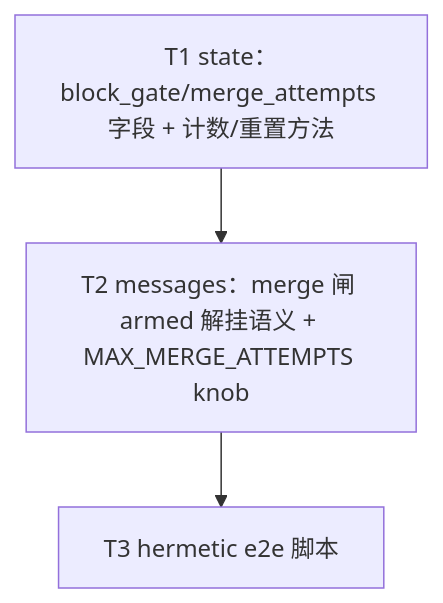
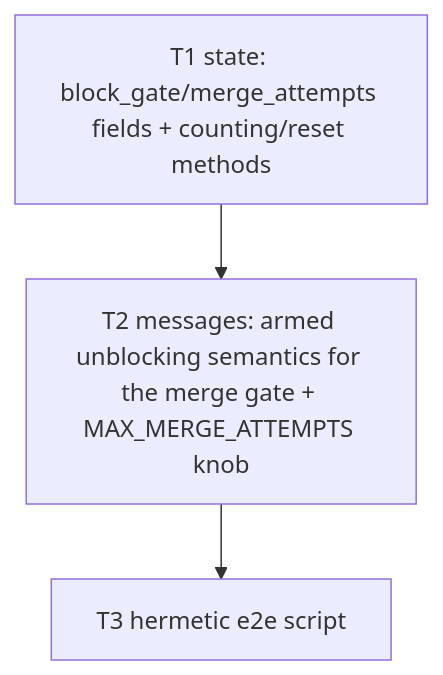
The diagram in docs/specs/0031-merge-unblock-agent-resolve.md (Curry09/OpenAgents), drawn with Mermaid before and after one commit. The commit also changed other lines of this file and 461 other files, not shown here.

````diff
--- a/docs/specs/0031-merge-unblock-agent-resolve.md
+++ b/docs/specs/0031-merge-unblock-agent-resolve.md
@@ -213,8 +214,8 @@
 ```mermaid
 graph TD
-  T1["T1 state：block_gate/merge_attempts 字段 + 计数/重置方法"]
-  T2["T2 messages：merge 闸 armed 解挂语义 + MAX_MERGE_ATTEMPTS knob"]
-  T3["T3 hermetic e2e 脚本"]
+  T1["T1 state: block_gate/merge_attempts fields + counting/reset methods"]
+  T2["T2 messages: armed unblocking semantics for the merge gate + MAX_MERGE_ATTEMPTS knob"]
+  T3["T3 hermetic e2e script"]
   T1 --> T2
   T2 --> T3
 ```
````
